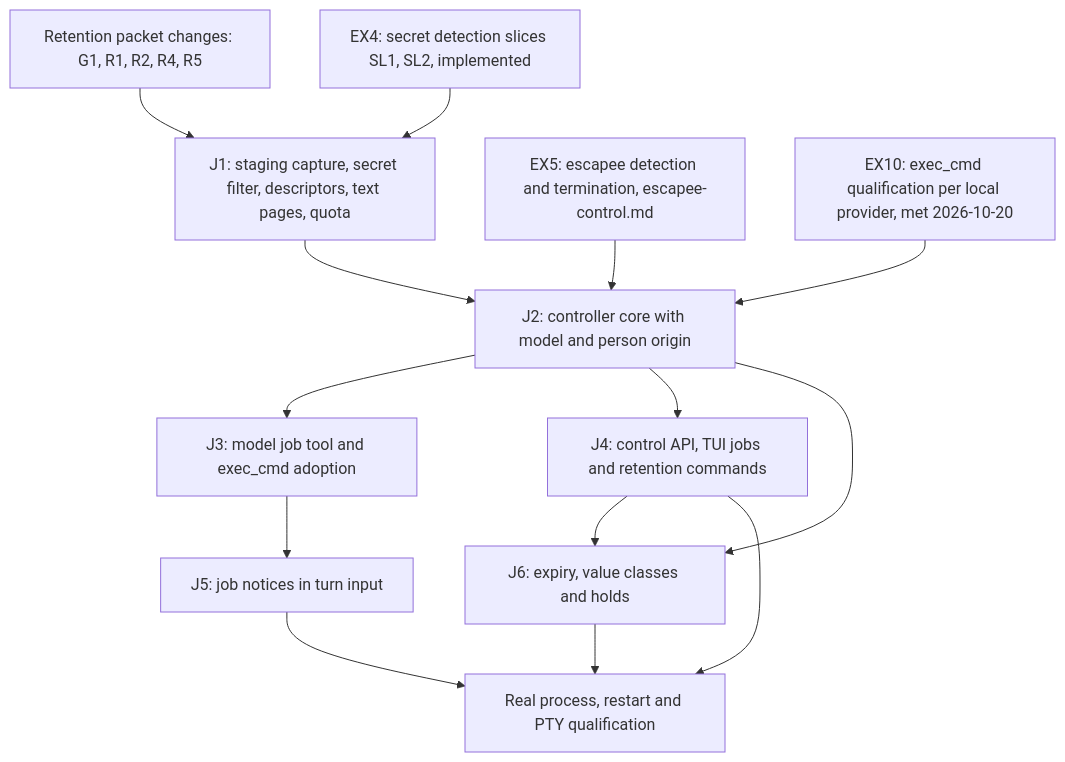
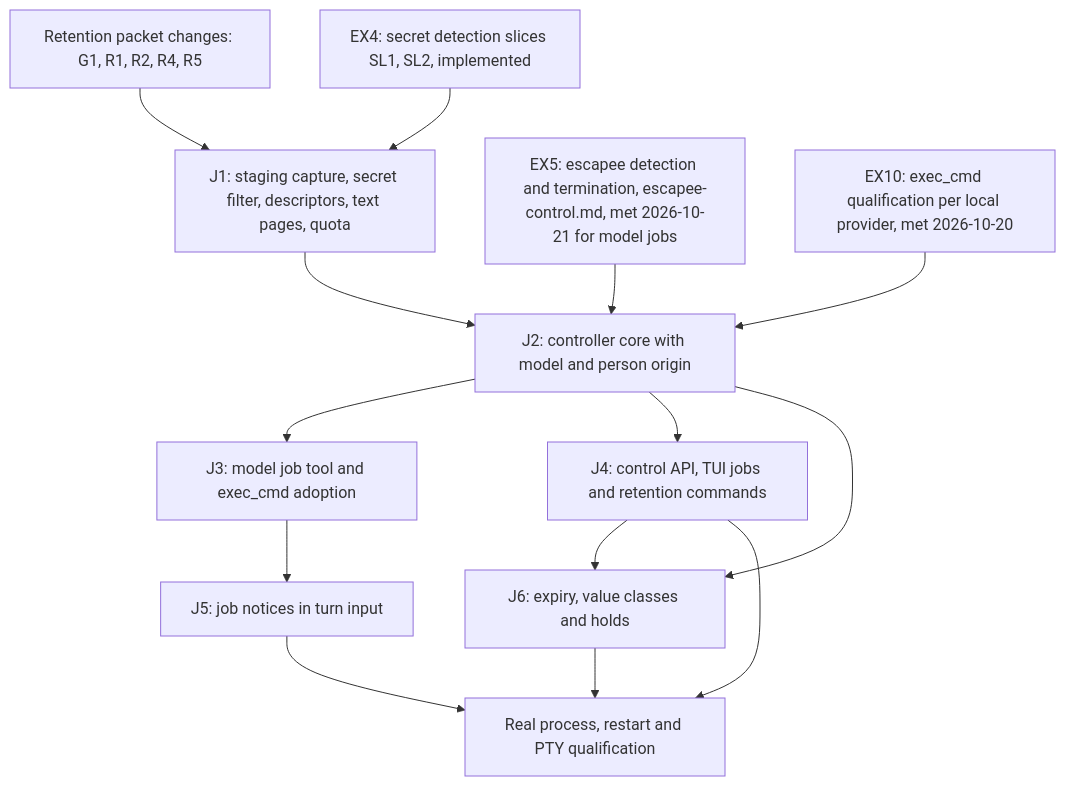
The sixth of 8 diagrams in docs/designs/tool-job-controller.md (pidster/asura), drawn with Mermaid before and after one commit. The commit also changed other lines of this file and 16 other files, not shown here.

````diff
--- a/docs/designs/tool-job-controller.md
+++ b/docs/designs/tool-job-controller.md
@@ -932,16 +934,16 @@
 ```mermaid
 flowchart TD
     RP[Retention packet changes: G1, R1, R2, R4, R5] --> J1[J1: staging capture, secret filter, descriptors, text pages, quota]
     SD[EX4: secret detection slices SL1, SL2, implemented] --> J1
-    ESC[EX5: escapee detection and termination, escapee-control.md] --> J2[J2: controller core with model and person origin]
+    ESC[EX5: escapee detection and termination, escapee-control.md, met 2026-10-21 for model jobs] --> J2[J2: controller core with model and person origin]
     QUAL[EX10: exec_cmd qualification per local provider, met 2026-10-20] --> J2
     J1 --> J2
     J2 --> J3[J3: model job tool and exec_cmd adoption]
     J2 --> J4[J4: control API, TUI jobs and retention commands]
     J2 --> J6[J6: expiry, value classes and holds]
     J3 --> J5[J5: job notices in turn input]
     J4 --> J6
     J4 --> Q[Real process, restart and PTY qualification]
     J5 --> Q
     J6 --> Q
 ```
````
